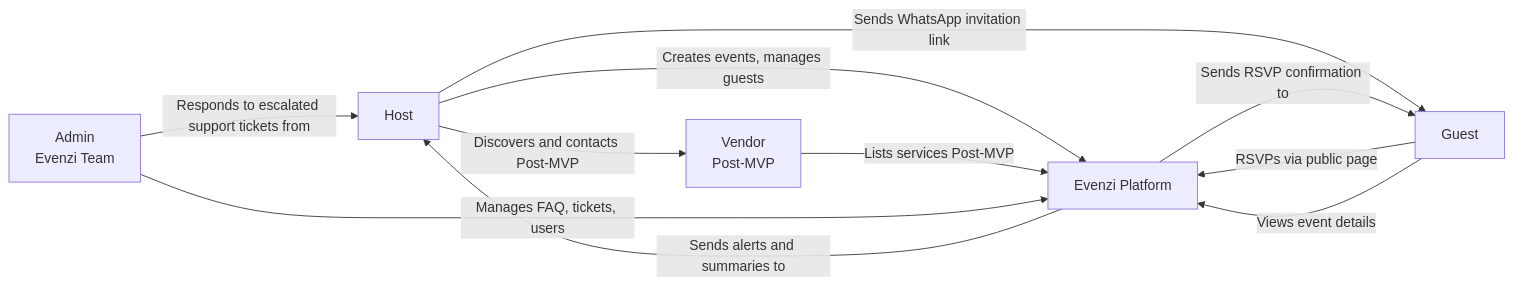
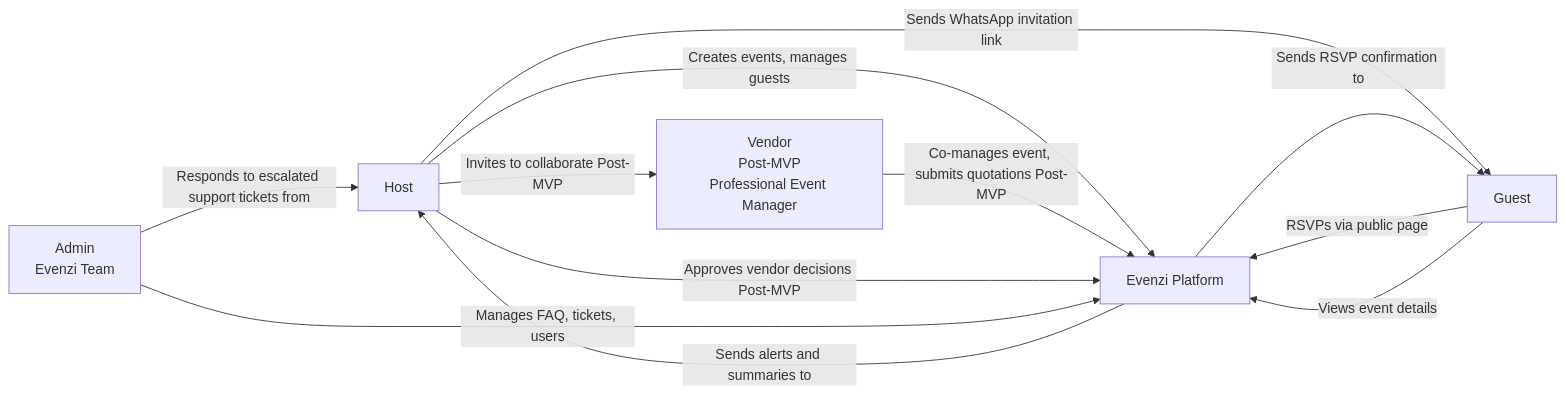
Before and after one commit to evenzi-official/Evenzi: the second of 2 diagrams in docs/foundation/user-types-scope.md, drawn with Mermaid. The commit also changed other lines of this file and 19 other files, not shown here.

````diff
--- a/docs/foundation/user-types-scope.md
+++ b/docs/foundation/user-types-scope.md
@@ -312,19 +373,20 @@
 ```mermaid
 flowchart LR
     HOST[Host]
     GUEST[Guest]
-    VENDOR[Vendor\nPost-MVP]
+    VENDOR[Vendor\nPost-MVP\nProfessional Event Manager]
     ADMIN[Admin\nEvenzi Team]
     PLATFORM[Evenzi Platform]
 
     HOST -->|Creates events, manages guests| PLATFORM
     HOST -->|Sends WhatsApp invitation link| GUEST
-    HOST -->|Discovers and contacts Post-MVP| VENDOR
+    HOST -->|Invites to collaborate Post-MVP| VENDOR
+    VENDOR -->|Co-manages event, submits quotations Post-MVP| PLATFORM
+    HOST -->|Approves vendor decisions Post-MVP| PLATFORM
     GUEST -->|RSVPs via public page| PLATFORM
     GUEST -->|Views event details| PLATFORM
-    VENDOR -->|Lists services Post-MVP| PLATFORM
     ADMIN -->|Manages FAQ, tickets, users| PLATFORM
     PLATFORM -->|Sends RSVP confirmation to| GUEST
     PLATFORM -->|Sends alerts and summaries to| HOST
     ADMIN -->|Responds to escalated support tickets from| HOST
 ```
````
